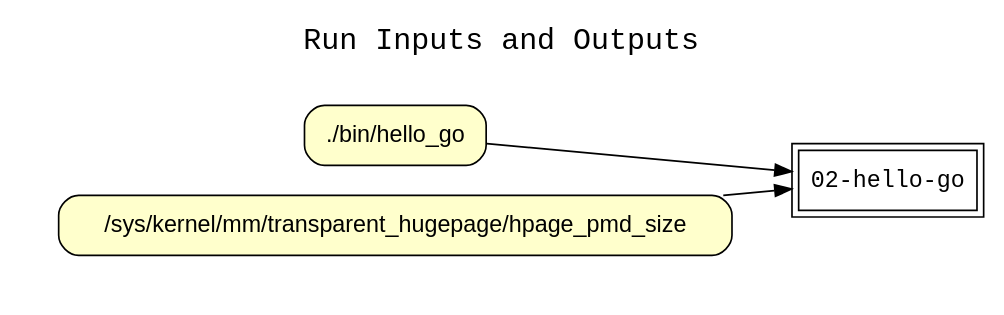
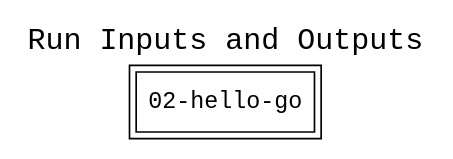
The diagram in examples/02-hello-go/graphs/wt_run_inputs_outputs.dot (CIRSS/cpr), drawn with Graphviz before and after one commit. The commit also changed 13 other files, not shown here.

Commit message:
In first graph limit read and written files to those in directories with corresponding roles.

```diff
--- a/examples/02-hello-go/graphs/wt_run_inputs_outputs.dot
+++ b/examples/02-hello-go/graphs/wt_run_inputs_outputs.dot
@@ -1,20 +1,16 @@
 
 digraph wt_run {
 rankdir=LR
 fontname=Courier; fontsize=18; labelloc=t
 label="Run Inputs and Outputs"
 node[shape=box style="filled" fillcolor="#FFFFFF" peripheries=2 fontname=Courier]
 "02-hello-go"
 subgraph cluster_inputs { label=""; color=white; penwidth=0
 subgraph cluster_inputs_inner { label=""; color=white
 node[shape=box style="rounded,filled" fillcolor="#FFFFCC" peripheries=1 fontname=Helvetica]
-"input:./bin/hello_go" [label="./bin/hello_go"]
-"input:/sys/kernel/mm/transparent_hugepage/hpage_pmd_size" [label="/sys/kernel/mm/transparent_hugepage/hpage_pmd_size"]
 }}
 subgraph cluster_outputs { label=""; color=white; penwidth=0
 subgraph cluster_outputs_inner { label=""; color=white
 node[shape=box style="rounded,filled" fillcolor="#FFFFCC" peripheries=1 fontname=Helvetica]
 }}
-"input:./bin/hello_go" -> "02-hello-go"
-"input:/sys/kernel/mm/transparent_hugepage/hpage_pmd_size" -> "02-hello-go"
 }
```
